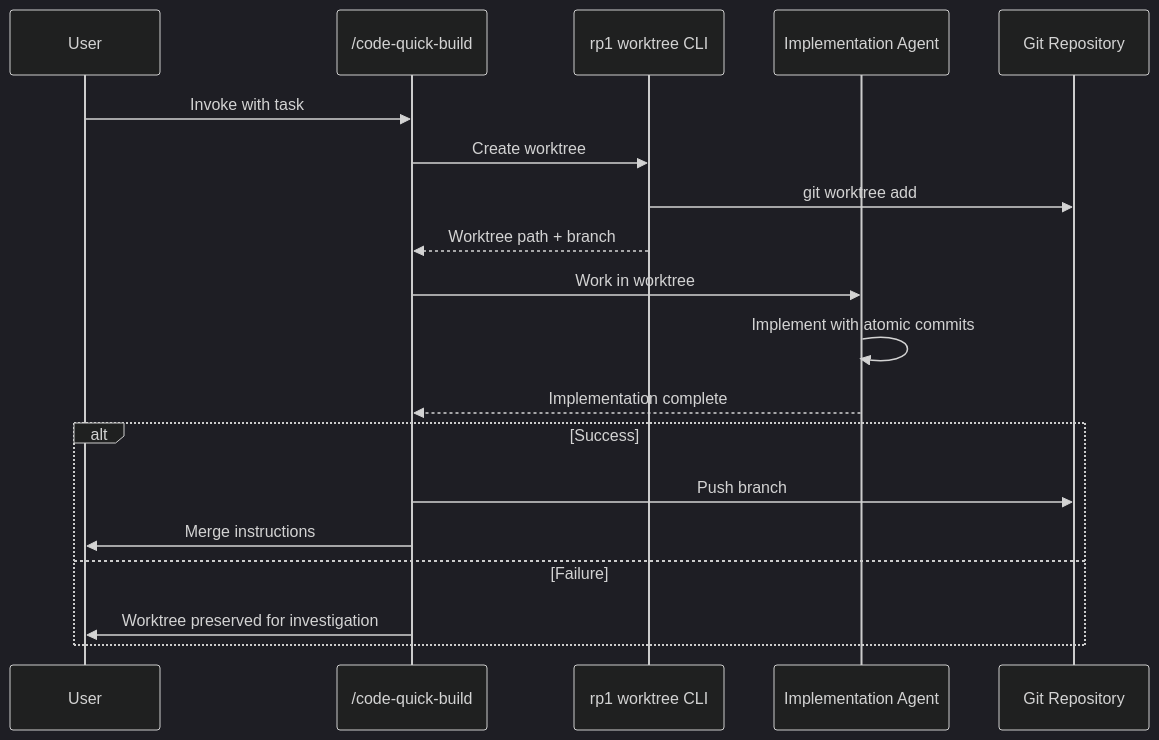
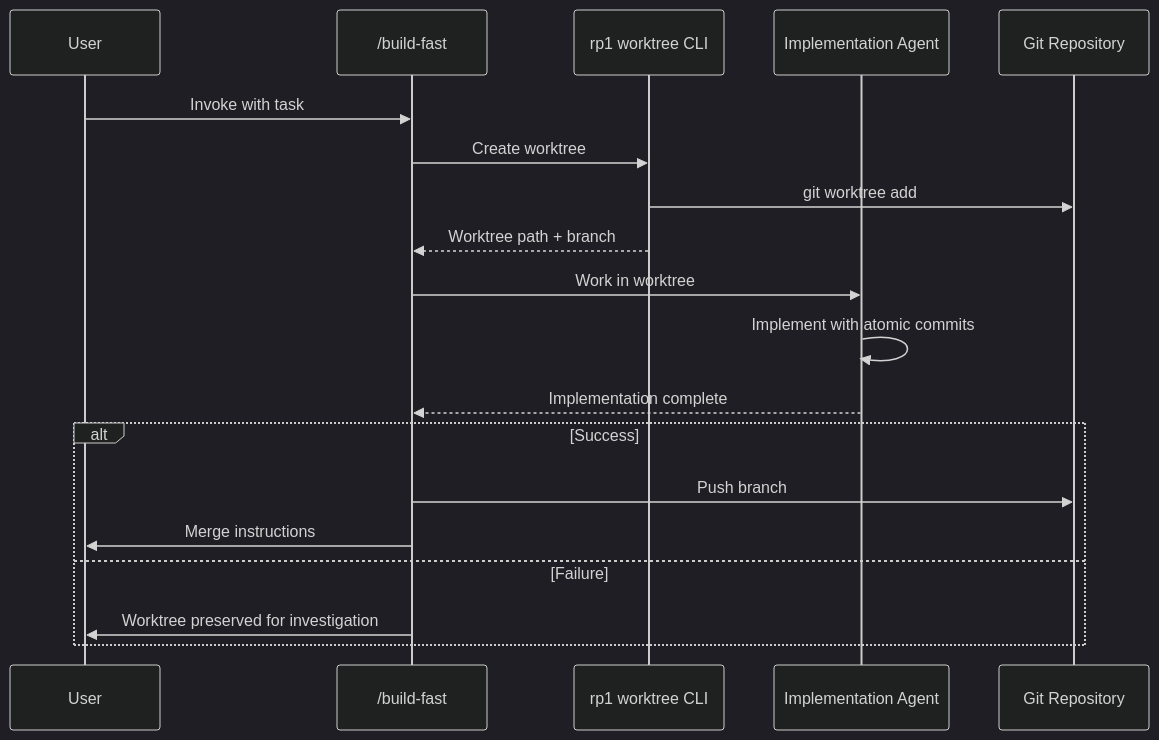
Before and after one commit to rp1-run/rp1: the fifth of 5 diagrams in .rp1/context/architecture.md, drawn with Mermaid (dark theme). The commit also changed other lines of this file and 5 other files, not shown here.

````diff
--- a/.rp1/context/architecture.md
+++ b/.rp1/context/architecture.md
@@ -219,22 +218,22 @@
 ```mermaid
 sequenceDiagram
     participant User
-    participant Command as /code-quick-build
+    participant Command as /build-fast
     participant CLI as rp1 worktree CLI
     participant Agent as Implementation Agent
     participant Git as Git Repository
 
     User->>Command: Invoke with task
     Command->>CLI: Create worktree
     CLI->>Git: git worktree add
     CLI-->>Command: Worktree path + branch
     Command->>Agent: Work in worktree
     Agent->>Agent: Implement with atomic commits
     Agent-->>Command: Implementation complete
     alt Success
         Command->>Git: Push branch
         Command->>User: Merge instructions
     else Failure
         Command->>User: Worktree preserved for investigation
     end
 ```
````
